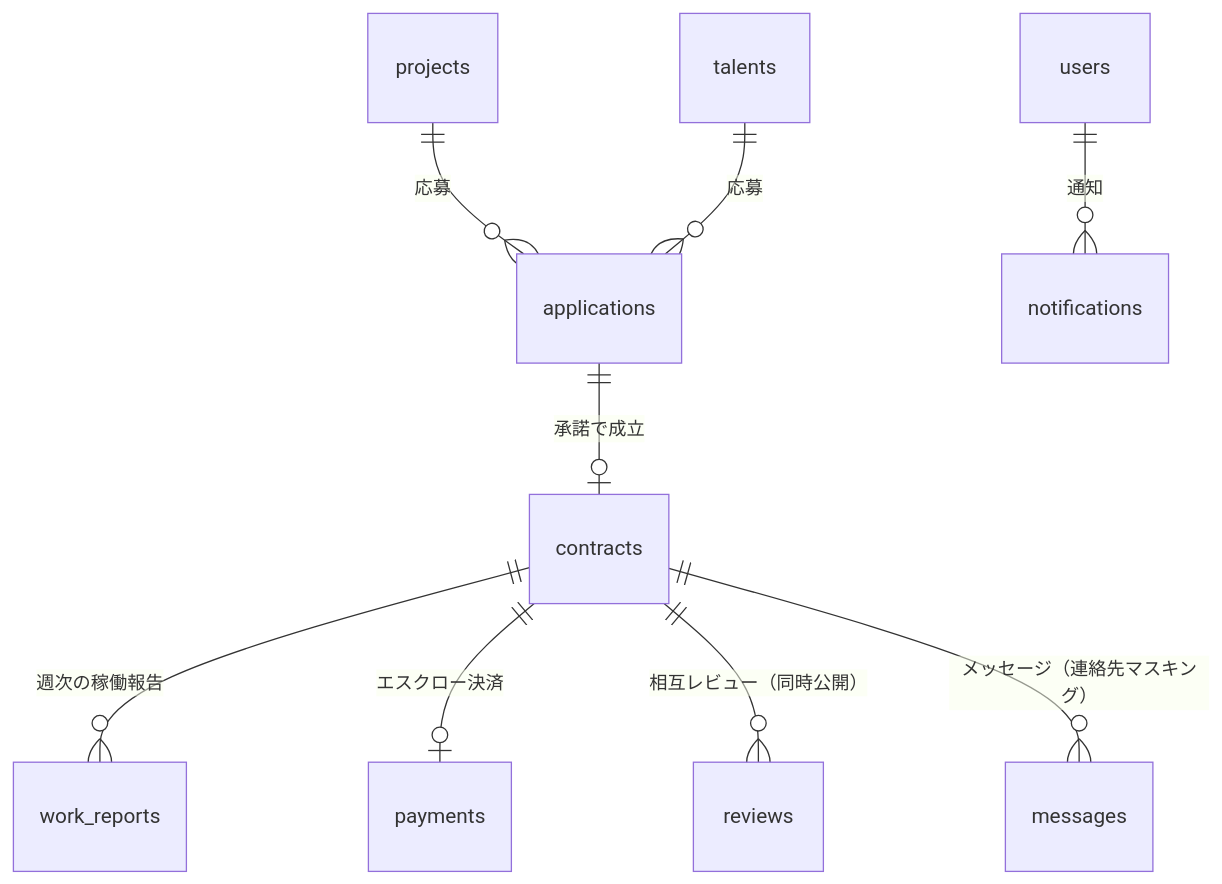
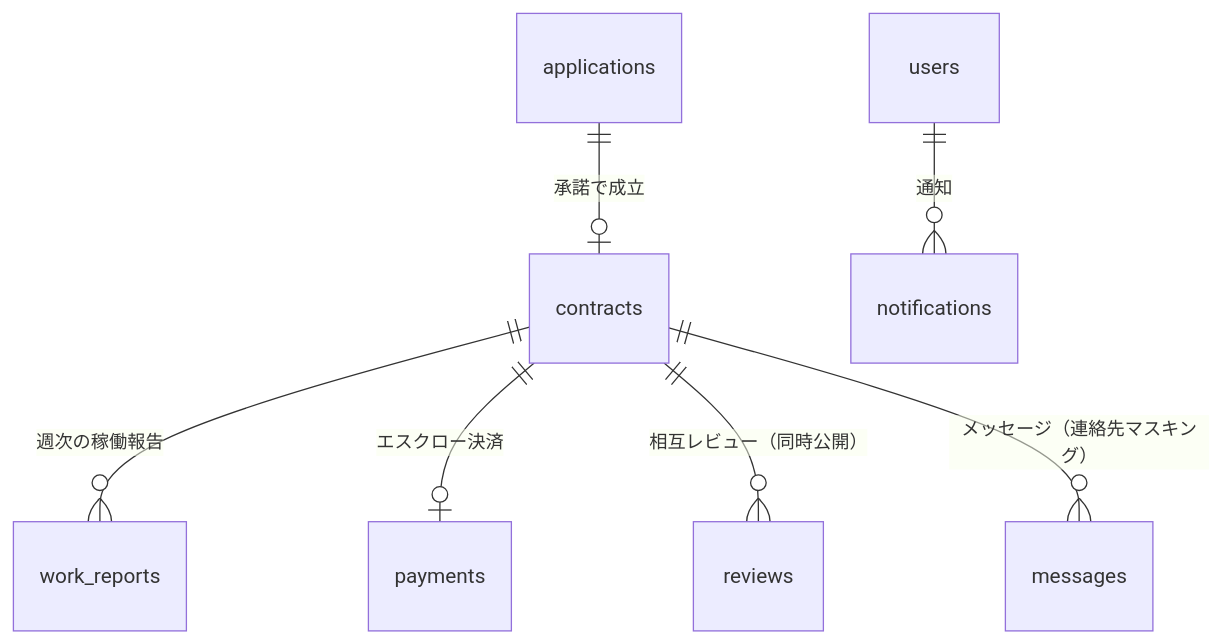
The third of 3 diagrams in docs/データ設計.md (masa-devx/it-matching-service-clean-architecture), drawn with Mermaid before and after one commit. The commit also changed other lines of this file and 1 other file, not shown here.

Commit message:
docs: 状態機械①の設計を記録しER図を更新

````diff
--- a/docs/データ設計.md
+++ b/docs/データ設計.md
@@ -100,11 +141,9 @@
 ```mermaid
 erDiagram
-    projects ||--o{ applications : "応募"
-    talents ||--o{ applications : "応募"
     applications ||--o| contracts : "承諾で成立"
     contracts ||--o{ work_reports : "週次の稼働報告"
     contracts ||--o| payments : "エスクロー決済"
     contracts ||--o{ reviews : "相互レビュー（同時公開）"
     contracts ||--o{ messages : "メッセージ（連絡先マスキング）"
     users ||--o{ notifications : "通知"
 ```
````
